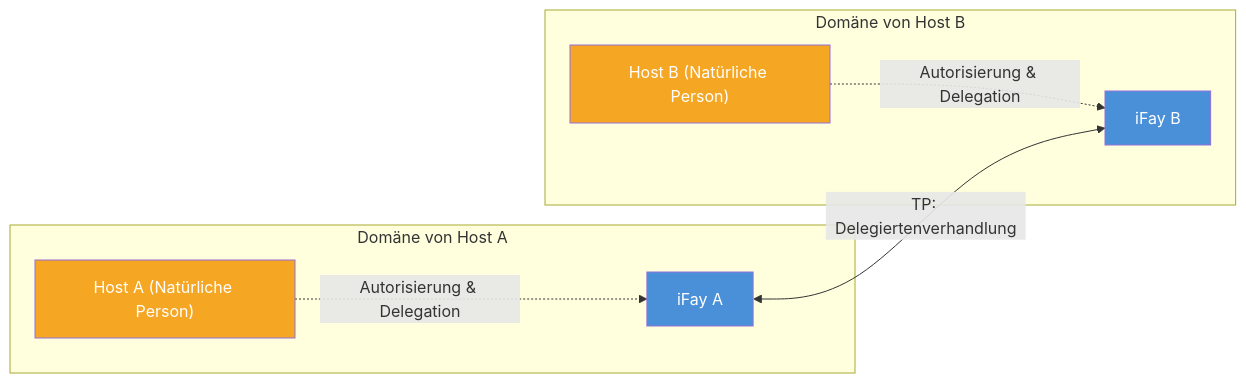
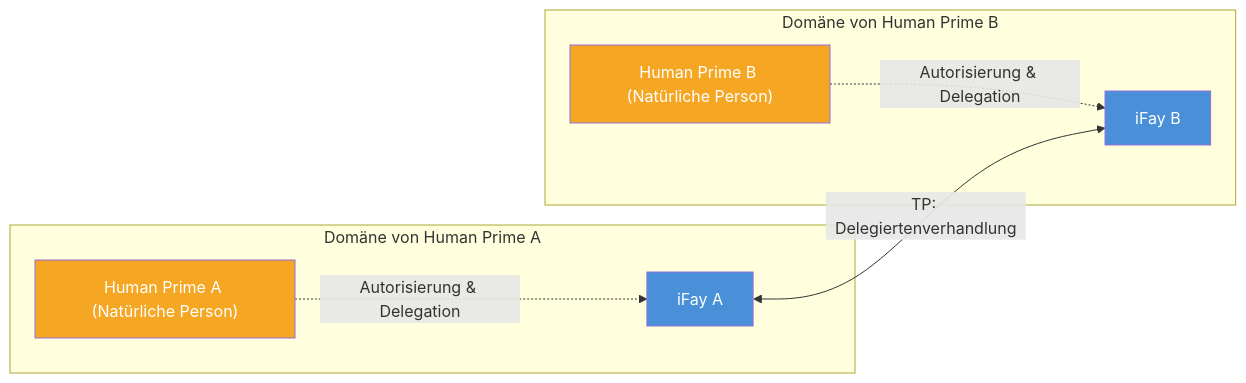
The second of 2 diagrams in docs/de/blueprint/1-warum-tp-noetig-ist.md (ChainModePilot/Telepathy-Protocol), drawn with Mermaid before and after one commit. The commit also changed other lines of this file and 68 other files, not shown here.

First line of the commit message:
Use 'Human Prime' instead of 'Host' in blueprints

````diff
--- a/docs/de/blueprint/1-warum-tp-noetig-ist.md
+++ b/docs/de/blueprint/1-warum-tp-noetig-ist.md
@@ -76,21 +76,21 @@
 ```mermaid
 graph LR
-    subgraph "Domäne von Host A"
-        HA["Host A (Natürliche Person)"]
+    subgraph "Domäne von Human Prime A"
+        HA["Human Prime A (Natürliche Person)"]
         FA["iFay A"]
         HA -.->|"Autorisierung & Delegation"| FA
     end
 
-    subgraph "Domäne von Host B"
-        HB["Host B (Natürliche Person)"]
+    subgraph "Domäne von Human Prime B"
+        HB["Human Prime B (Natürliche Person)"]
         FB["iFay B"]
         HB -.->|"Autorisierung & Delegation"| FB
     end
 
     FA <-->|"TP: Delegiertenverhandlung"| FB
 
     style FA fill:#4A90D9,color:#fff
     style FB fill:#4A90D9,color:#fff
     style HA fill:#F5A623,color:#fff
     style HB fill:#F5A623,color:#fff
 ```
````
